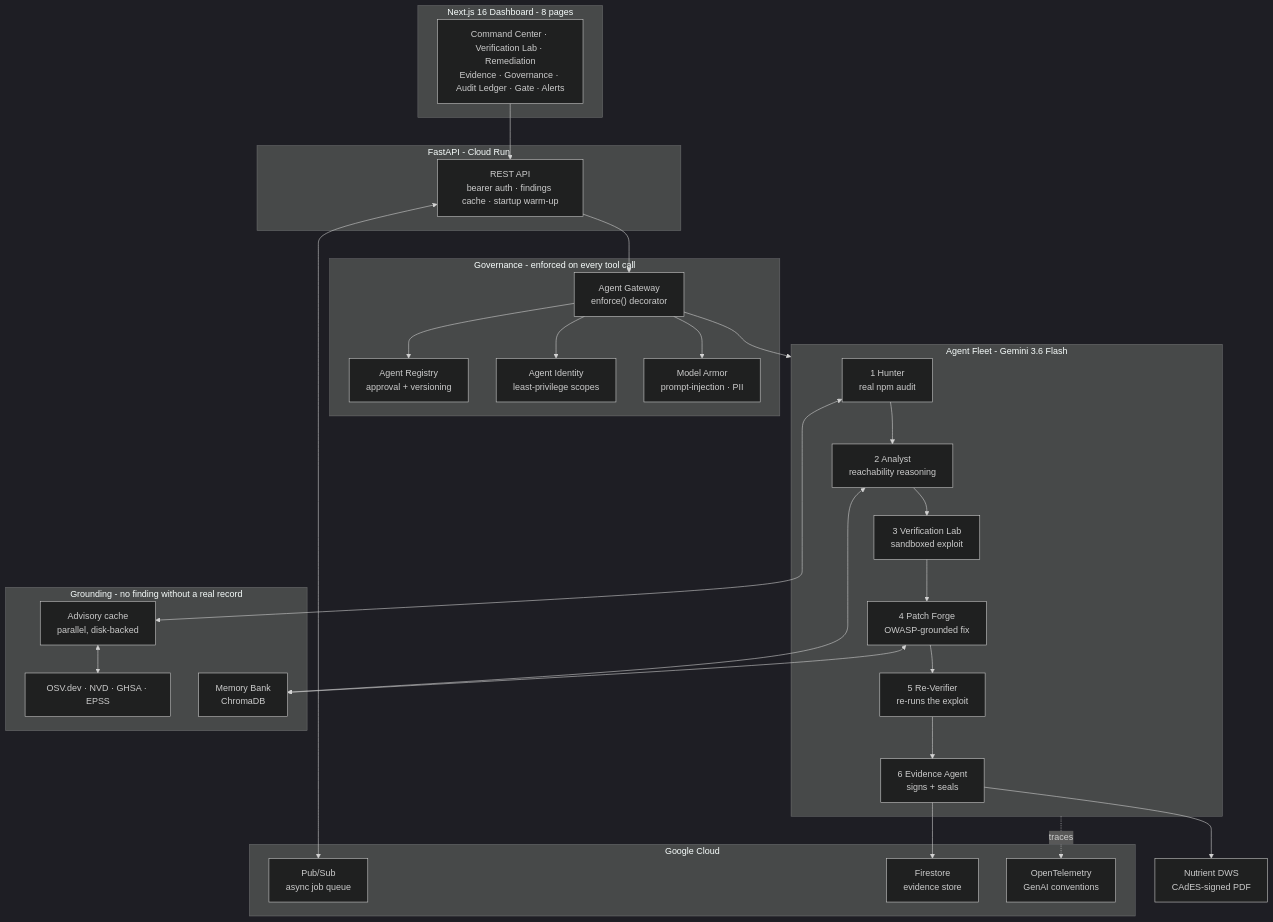
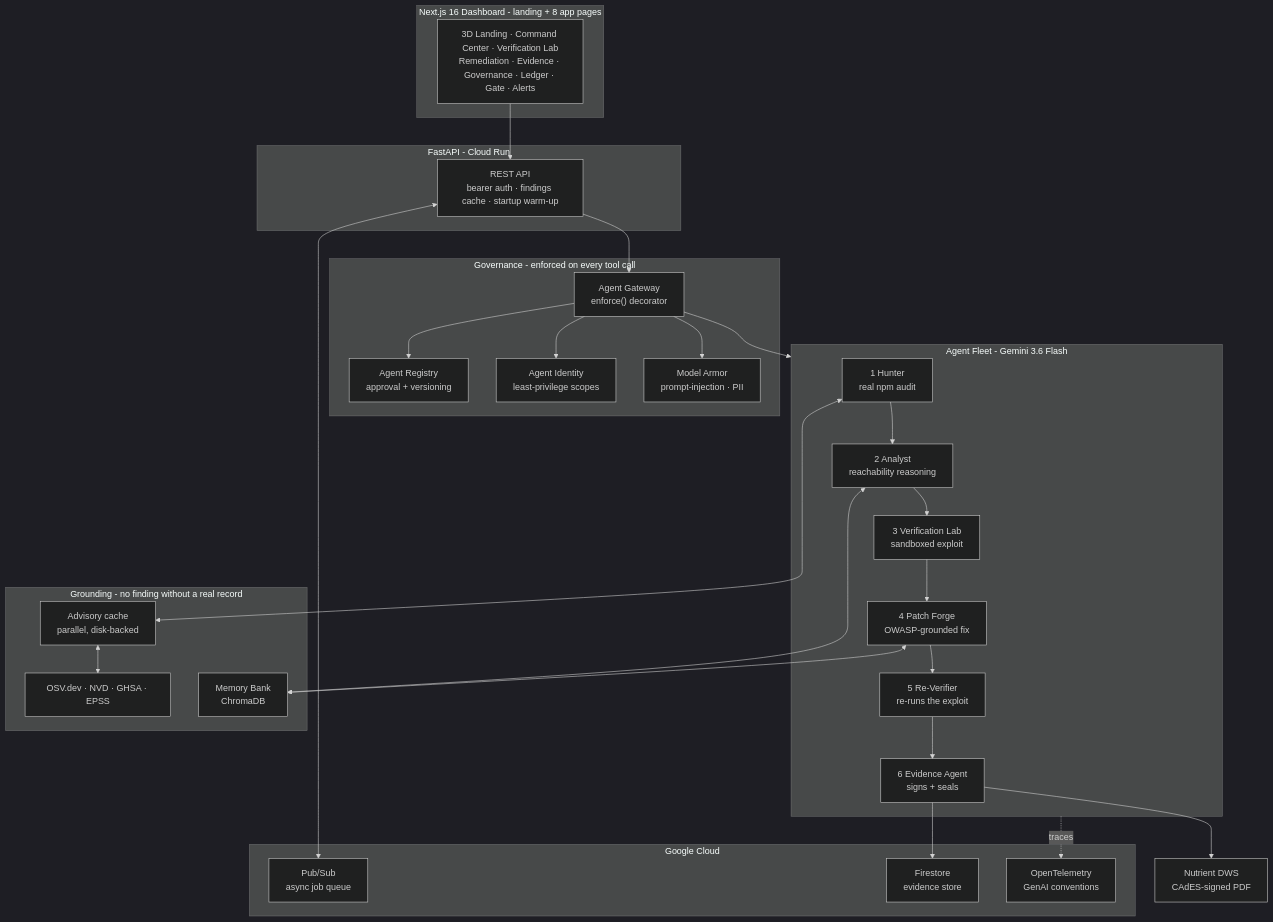
The diagram in README.md (rakeshselvaraj0108/SENTINEL), drawn with Mermaid (dark theme) before and after one commit. The commit also changed other lines of this file, not shown here.

First line of the commit message:
docs: the README described the pre-landing-page routing

````diff
--- a/README.md
+++ b/README.md
@@ -18,53 +18,53 @@
 ```mermaid
 flowchart TB
-    subgraph Client["Next.js 16 Dashboard - 8 pages"]
-        UI["Command Center · Verification Lab · Remediation<br/>Evidence · Governance · Audit Ledger · Gate · Alerts"]
+    subgraph Client["Next.js 16 Dashboard - landing + 8 app pages"]
+        UI["3D Landing · Command Center · Verification Lab<br/>Remediation · Evidence · Governance · Ledger · Gate · Alerts"]
     end
 
     subgraph API["FastAPI - Cloud Run"]
         REST["REST API<br/>bearer auth · findings cache · startup warm-up"]
     end
 
     subgraph Gov["Governance - enforced on every tool call"]
         GW["Agent Gateway<br/>enforce() decorator"]
         REG["Agent Registry<br/>approval + versioning"]
         ID["Agent Identity<br/>least-privilege scopes"]
         MA["Model Armor<br/>prompt-injection · PII"]
     end
 
     subgraph Fleet["Agent Fleet - Gemini 3.6 Flash"]
         H["1 Hunter<br/>real npm audit"]
         AN["2 Analyst<br/>reachability reasoning"]
         VL["3 Verification Lab<br/>sandboxed exploit"]
         PF["4 Patch Forge<br/>OWASP-grounded fix"]
         RV["5 Re-Verifier<br/>re-runs the exploit"]
         EV["6 Evidence Agent<br/>signs + seals"]
     end
 
     subgraph Know["Grounding - no finding without a real record"]
         OSV["OSV.dev · NVD · GHSA · EPSS"]
         CACHE["Advisory cache<br/>parallel, disk-backed"]
         MEM["Memory Bank<br/>ChromaDB"]
     end
 
     subgraph Cloud["Google Cloud"]
         PS["Pub/Sub<br/>async job queue"]
         FS["Firestore<br/>evidence store"]
         OT["OpenTelemetry<br/>GenAI conventions"]
     end
 
     DWS["Nutrient DWS<br/>CAdES-signed PDF"]
 
     UI --> REST
     REST --> GW
     GW --> REG & ID & MA
     GW --> Fleet
     H --> AN --> VL --> PF --> RV --> EV
     H <--> CACHE <--> OSV
     AN <--> MEM
     PF <--> MEM
     REST <--> PS
     EV --> FS
     EV --> DWS
     Fleet -.traces.-> OT
 ```
````
